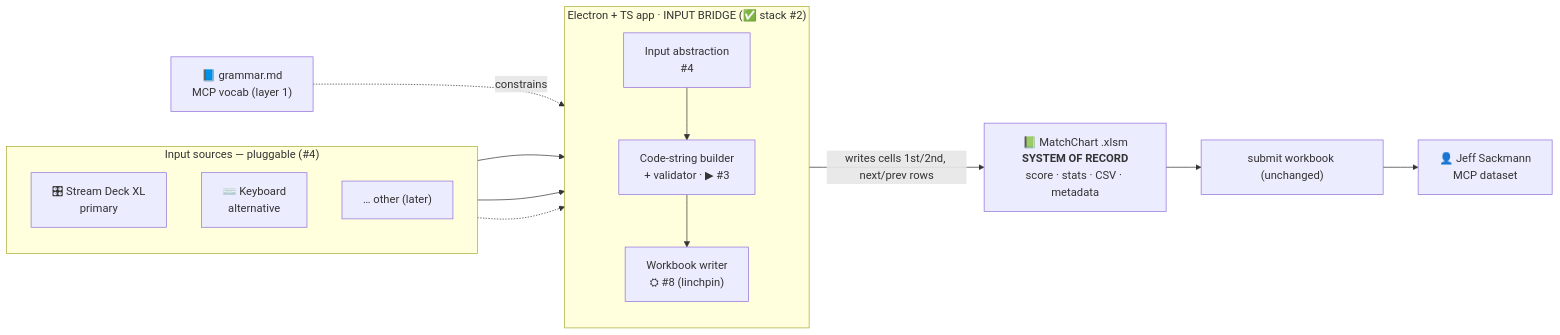
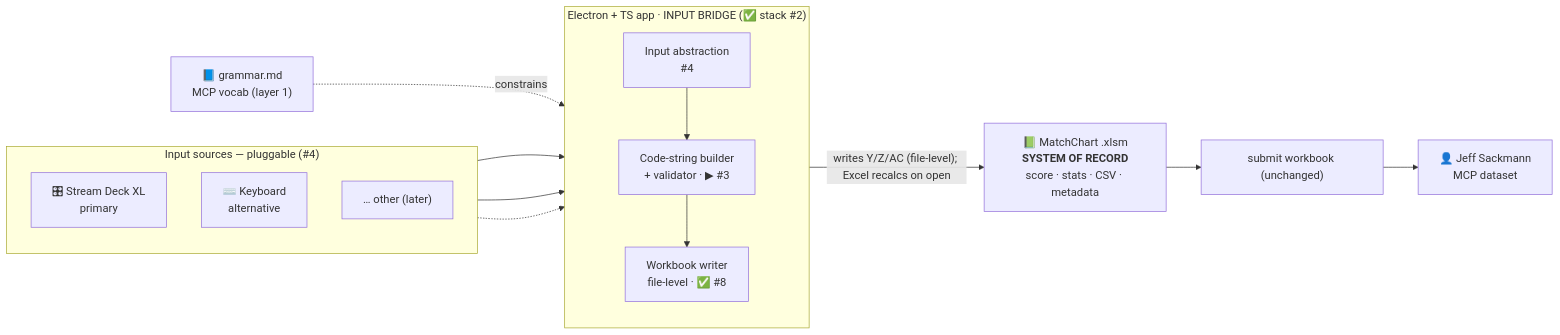
The first of 2 diagrams in docs/diagrams.md (lpridpath/tennis_MatchChartingProject_tagger), drawn with Mermaid before and after one commit. The commit also changed other lines of this file and 4 other files, not shown here.

````diff
--- a/docs/diagrams.md
+++ b/docs/diagrams.md
@@ -16,29 +16,29 @@
 ```mermaid
 flowchart LR
   subgraph SRC["Input sources — pluggable (#4)"]
     direction TB
     SD["🎛 Stream Deck XL<br/>primary"]
     KB["⌨️ Keyboard<br/>alternative"]
     OTH["… other (later)"]
   end
 
   subgraph APP["Electron + TS app  ·  INPUT BRIDGE  (✅ stack #2)"]
     direction TB
     IN["Input abstraction<br/>#4"]
     BLD["Code-string builder<br/>+ validator · ▶ #3"]
-    WR["Workbook writer<br/>⛭ #8 (linchpin)"]
+    WR["Workbook writer<br/>file-level · ✅ #8"]
     IN --> BLD --> WR
   end
 
   XLSM["📗 MatchChart .xlsm<br/><b>SYSTEM OF RECORD</b><br/>score · stats · CSV · metadata"]
   SUB["submit workbook (unchanged)"]
   JS["👤 Jeff Sackmann<br/>MCP dataset"]
   GR["📘 grammar.md<br/>MCP vocab (layer 1)"]
 
   SD --> IN
   KB --> IN
   OTH -.-> IN
-  WR -->|"writes cells 1st/2nd, next/prev rows"| XLSM
+  WR -->|"writes Y/Z/AC (file-level); Excel recalcs on open"| XLSM
   XLSM --> SUB --> JS
   GR -.constrains.-> BLD
 ```
````
